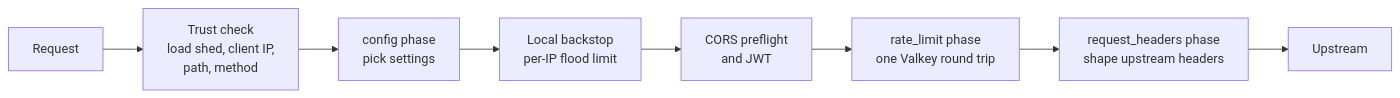
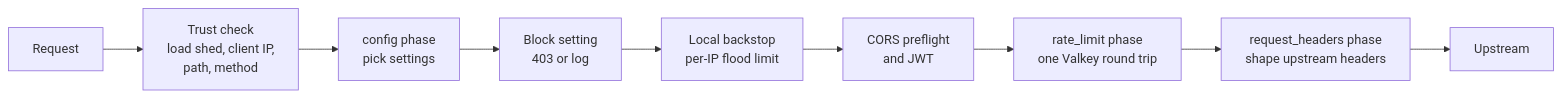
Before and after one commit to chrisleekr/edge-proxy: the diagram in docs/use/policy.md, drawn with Mermaid. The commit also changed other lines of this file and 82 other files, not shown here.

````diff
--- a/docs/use/policy.md
+++ b/docs/use/policy.md
@@ -7,10 +7,11 @@
 ```mermaid
 flowchart LR
     Req["Request"] --> Trust["Trust check<br/>load shed, client IP,<br/>path, method"]
     Trust --> Config["config phase<br/>pick settings"]
-    Config --> Backstop["Local backstop<br/>per-IP flood limit"]
+    Config --> Block["Block setting<br/>403 or log"]
+    Block --> Backstop["Local backstop<br/>per-IP flood limit"]
     Backstop --> Auth["CORS preflight<br/>and JWT"]
     Auth --> Rate["rate_limit phase<br/>one Valkey round trip"]
     Rate --> Headers["request_headers phase<br/>shape upstream headers"]
     Headers --> Up["Upstream"]
 ```
````
